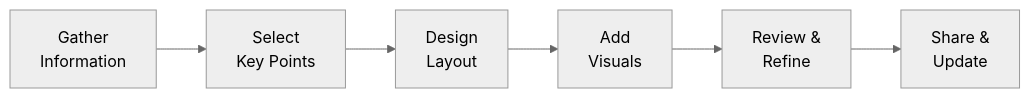
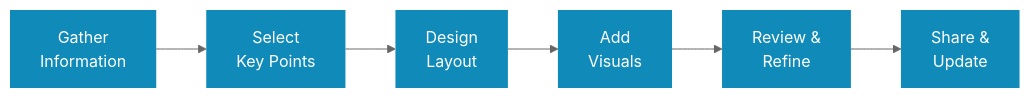
The diagram in _pages/projects/plan_on_a_page.md (kevinmcaleer/kevstemplates.com), drawn with Mermaid (neutral theme) before and after one commit. The commit also changed 72 other files, not shown here.

```diff
--- a/_pages/projects/plan_on_a_page.md
+++ b/_pages/projects/plan_on_a_page.md
@@ -114,8 +114,11 @@
 <div class="mermaid">
 flowchart LR
     A[Gather<br/>Information] --> B[Select<br/>Key Points]
     B --> C[Design<br/>Layout]
     C --> D[Add<br/>Visuals]
     D --> E[Review &<br/>Refine]
     E --> F[Share &<br/>Update]
+
+    classDef blue fill:#108BB9,stroke:none,color:#fff
+    class A,B,C,D,E,F blue
 </div>
```
